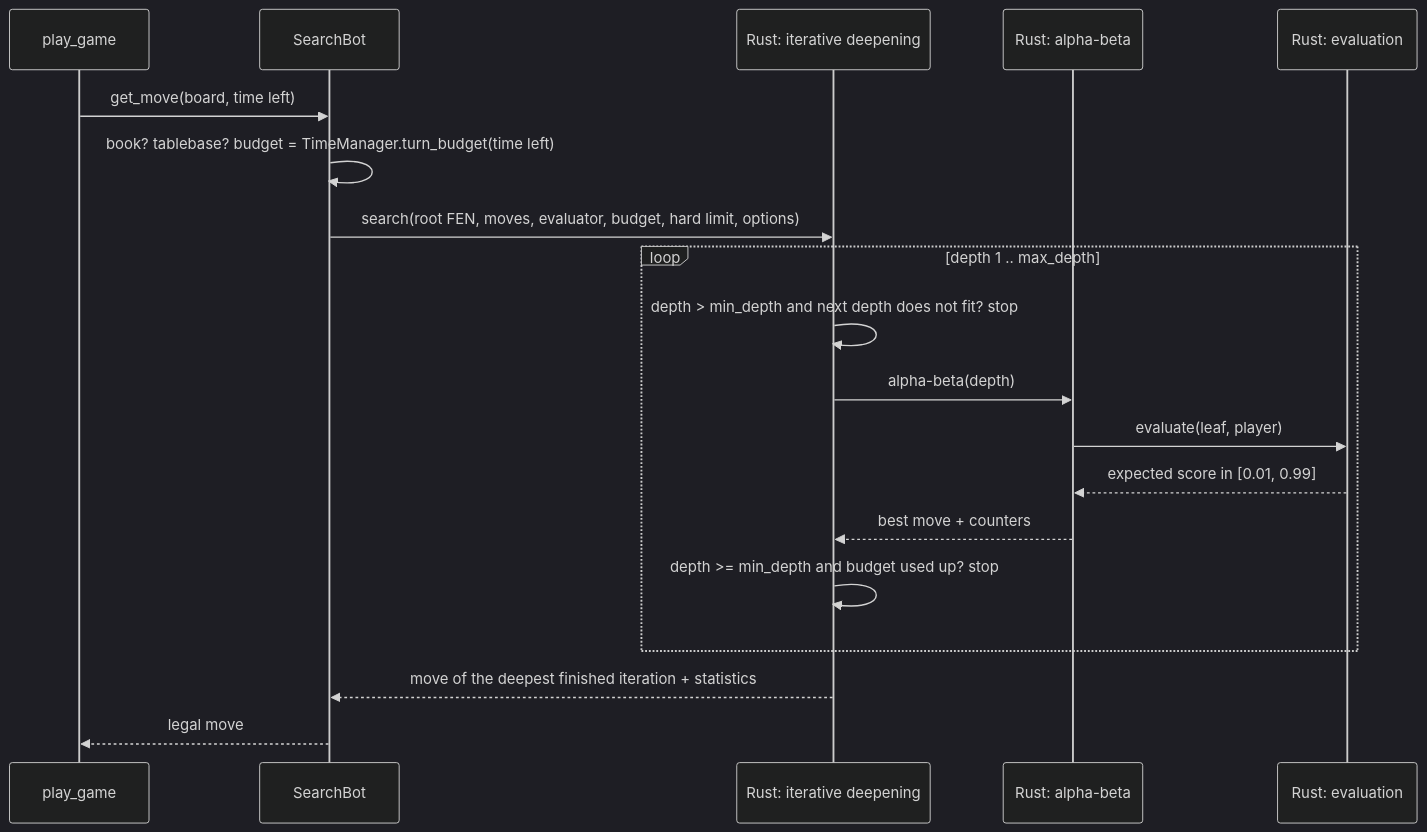
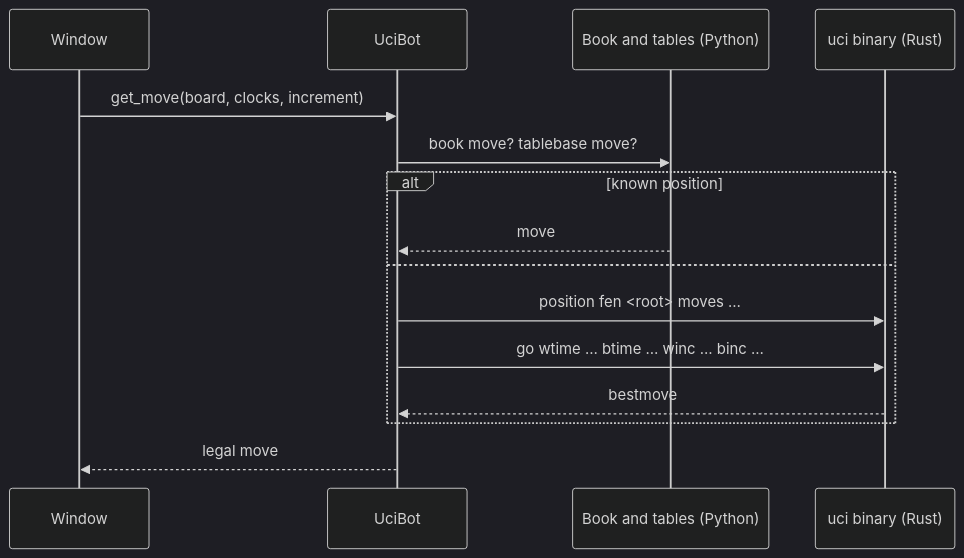
The third of 3 diagrams in docs/ARCHITECTURE.md (JoaquinDeVA/chess-ai-engine), drawn with Mermaid (dark theme) before and after one commit. The commit also changed other lines of this file and 69 other files, not shown here.

Commit message:
refactor: GUI and lab talk UCI to the Rust binary, Python game and tournament paths removed

````diff
--- a/docs/ARCHITECTURE.md
+++ b/docs/ARCHITECTURE.md
@@ -105,21 +100,17 @@
 ```mermaid
 sequenceDiagram
-    participant G as play_game
-    participant B as SearchBot
-    participant S as Rust: iterative deepening
-    participant A as Rust: alpha-beta
-    participant E as Rust: evaluation
-    G->>B: get_move(board, time left)
-    B->>B: book? tablebase? budget = TimeManager.turn_budget(time left)
-    B->>S: search(root FEN, moves, evaluator, budget, hard limit, options)
-    loop depth 1 .. max_depth
-        S->>S: depth > min_depth and next depth does not fit? stop
-        S->>A: alpha-beta(depth)
-        A->>E: evaluate(leaf, player)
-        E-->>A: expected score in [0.01, 0.99]
-        A-->>S: best move + counters
-        S->>S: depth >= min_depth and budget used up? stop
+    participant W as Window
+    participant B as UciBot
+    participant K as Book and tables (Python)
+    participant U as uci binary (Rust)
+    W->>B: get_move(board, clocks, increment)
+    B->>K: book move? tablebase move?
+    alt known position
+        K-->>B: move
+    else
+        B->>U: position fen <root> moves …
+        B->>U: go wtime … btime … winc … binc …
+        U-->>B: bestmove
     end
-    S-->>B: move of the deepest finished iteration + statistics
-    B-->>G: legal move
+    B-->>W: legal move
 ```
````
